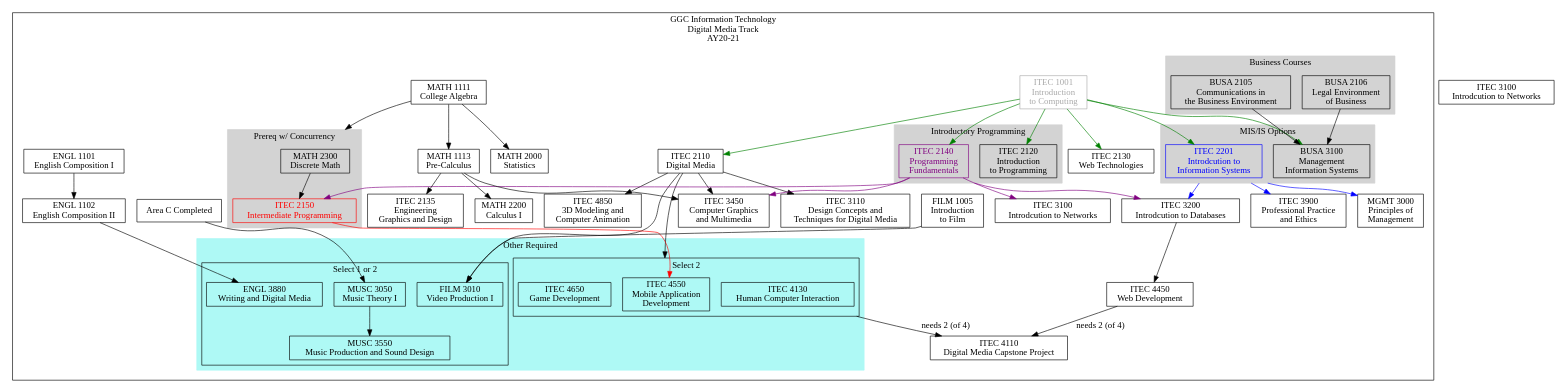
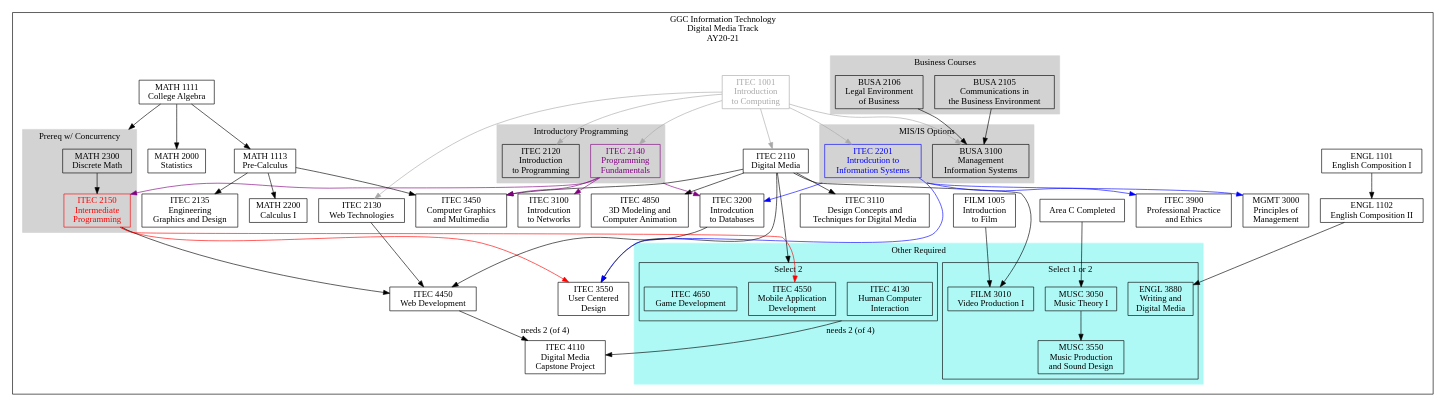
Before and after one commit to rjlutz/itec-plans: the diagram in AY20-21/DigitalMedia.dot, drawn with Graphviz. The commit also changed 20 other files, not shown here.

Commit message:
add Digital Media updates for AY20-21, darken 1001 dependency arrows in ALL graphs.

```diff
--- a/AY20-21/DigitalMedia.dot
+++ b/AY20-21/DigitalMedia.dot
@@ -1,162 +1,169 @@
 digraph G {
 
     node [shape = record, fontname="Sans serif" fontsize="14"];
     compound = true //  needed to link clusters and nodes
     splines = true
     ranksep=0.1
 
     // All
     itec1001[label = "ITEC 1001\nIntroduction \nto Computing" color=darkgray fontcolor=darkgray]
     itec2110[label = "ITEC 2110\nDigital Media"]
     itec2120[label = "ITEC 2120\nIntroduction\nto Programming"]
     itec2130[label = "ITEC 2130\nWeb Technologies"]
-    itec2140[label = "ITEC 2140\nProgramming \nFundamentals" color=purple fontcolor=purple]
-    itec2150[label = "ITEC 2150\nIntermediate Programming" color=red fontcolor=red]
+    itec2140[label = "ITEC 2140\nProgramming\nFundamentals" color=purple fontcolor=purple]
+    itec2150[label = "ITEC 2150\nIntermediate\nProgramming" color=red fontcolor=red]
     itec2201[label = "ITEC 2201\nIntrodcution to\nInformation Systems" color=blue fontcolor=blue]
-    itec3100[label = "ITEC 3100\nIntrodcution to Networks"]
-    itec3200[label = "ITEC 3200\nIntrodcution to Databases"]
+    itec3100[label = "ITEC 3100\nIntrodcution\nto Networks"]
+    itec3200[label = "ITEC 3200\nIntrodcution\nto Databases"]
     itec3900[label = "ITEC 3900\nProfessional Practice\nand Ethics"]
     busa2105[label = "BUSA 2105\nCommunications in\nthe Business Environment"]
     busa2106[label = "BUSA 2106\nLegal Environment\nof Business"]
-    busa3100[label = "BUSA 3100\nManagement \nInformation Systems"]
+    busa3100[label = "BUSA 3100\nManagement\nInformation Systems"]
     math1111[label = "MATH 1111\nCollege Algebra"]
     math1113[label = "MATH 1113\nPre-Calculus"]
     math2300[label = "MATH 2300\nDiscrete Math"]
     math2000[label = "MATH 2000\nStatistics"]
     math2200[label = "MATH 2200\nCalculus I"]
     mgmt3000[label = "MGMT 3000\nPrinciples of\nManagement"]
 
     // Digital Media
 
     itec3450[label = "ITEC 3450\nComputer Graphics\nand Multimedia"]
-    itec3550[label = "ITEC 3100\nIntrodcution to Networks"]
-    itec4110[label = "ITEC 4110\nDigital Media Capstone Project"]
-    itec4130[label = "ITEC 4130\nHuman Computer Interaction"]
+    itec3550[label = "ITEC 3550\nUser Centered\nDesign"]
+    itec4110[label = "ITEC 4110\nDigital Media\nCapstone Project"]
+    itec4130[label = "ITEC 4130\nHuman Computer\nInteraction"]
     itec4450[label = "ITEC 4450\nWeb Development"]
     itec4550[label = "ITEC 4550\nMobile Application\nDevelopment"]
     itec4650[label = "ITEC 4650\nGame Development"]
 
     itec2135[label = "ITEC 2135\nEngineering \nGraphics and Design"]
     itec3110[label = "ITEC 3110\nDesign Concepts and\nTechniques for Digital Media"]
     itec4850[label = "ITEC 4850\n3D Modeling and\nComputer Animation"]
 
     areaC[label = "Area C Completed"]
     //arts2010[label = "ARTS 2010\nDrawing I"]
     //arts2020[label = "ARTS 2020\nDrawing II"]
     engl1101[label = "ENGL 1101\nEnglish Composition I"]
     engl1102[label = "ENGL 1102\nEnglish Composition II"]
-    engl3880[label = "ENGL 3880\nWriting and Digital Media"]
+    engl3880[label = "ENGL 3880\nWriting and\nDigital Media"]
     film1005[label = "FILM 1005\nIntroduction\nto Film"] 
     film3010[label = "FILM 3010\nVideo Production I"]
     musc3050[label = "MUSC 3050\nMusic Theory I"]
-    musc3550[label = "MUSC 3550\nMusic Production and Sound Design"]
+    musc3550[label = "MUSC 3550\nMusic Production\nand Sound Design"]
 
     subgraph clusterdm {
         label="GGC Information Technology\nDigital Media Track\nAY20-21"
 
         subgraph clusterrequired {
             label=""
             node [style=filled];
             style=filled;
 
             color="#FFFFFF";
             
             engl1101 -> engl1102 -> engl3880
             film1005 -> film3010
             itec2110 -> film3010
             areaC -> musc3050
 
-            itec1001 -> itec2110 [color=green]
-            itec1001 -> itec2120 [color=green]
-            itec1001 -> itec2130 [color=green]
-            itec1001 -> itec2201 [color=green]
-            itec1001 -> busa3100 [color=green]
+            itec1001 -> itec2110 [color=darkgray]
+            itec1001 -> itec2120 [color=darkgray]
+            itec1001 -> itec2130 [color=darkgray]
+            itec1001 -> itec2201 [color=darkgray]
+            itec1001 -> busa3100 [color=darkgray]
 
             busa2106 -> busa3100
             busa2105 -> busa3100
             math1113 -> itec2135
-            itec1001 -> itec2140 [color=green]
+            itec1001 -> itec2140 [color=darkgray]
             itec2140 -> itec2150 [color=purple]
 
             itec2140 -> itec3100 [color=purple]
             itec2110 -> itec3110
             itec2201 -> itec3200 [color=blue ltail=cluster22013100];
             itec2140 -> itec3200 [ltail=cluster21202140 color=purple]
 
             itec2140 -> itec3450 [color=purple]
 
+            itec2110 -> itec3550
+            itec2150 -> itec3550 [color=red]
+            itec2201 -> itec3550 [color=blue]
+
+
             itec2201 -> itec3900 [ltail=cluster22013100 color=blue]
             itec2201 -> mgmt3000 [ltail=cluster22013100 color=blue]
 
             math1113 -> math2200
             math1111 -> math1113
             math1111 -> math2000
             math1111 -> math2300 [lhead=clusterdiscrete]
+            itec2130 -> itec4450
+            itec2150 -> itec4450
             itec3200 -> itec4450
 
             math1113 -> itec3450
             itec2110 -> itec3450
             itec2110 -> itec4550 [lhead=clusteritecopt1]
             itec2150 -> itec4550 [color=red]
             
             itec4450 -> itec4110 [label="needs 2 (of 4)"]
             itec4130 -> itec4110 [ltail=clusteritecopt1 label="needs 2 (of 4)"]
 
             itec2110 -> itec4850
             //arts2020
             //arts2010
 
             subgraph cluster21202140 {
                 label = "Introductory Programming";
                 color=lightgrey;
                 itec2120
                 itec2140
             }
             subgraph cluster22013100 {
                 label = "MIS/IS Options";
                 color=lightgrey;
                 itec2201
                 busa3100
             }
             subgraph cluster21052106 {
                 label = "Business Courses"
                 color=lightgrey;
                 busa2105
                 busa2106
             }
             
             subgraph clusterdiscrete {
                 label = "Prereq w/ Concurrency";
                 node [style=filled];
                 style=filled;
                 color=lightgrey;
                 math2300 -> itec2150
             }
 
             subgraph clusterotherrequired {
                 label = "Other Required"
                 node [style=filled];
                 style=filled;
                 color="#AEF9F5"
 
                 subgraph clusteritecopt1 {
                     label = "Select 2";
                     graph[style=solid]
                         color=black
                     itec4130
                     itec4550
                     itec4650
                 }
 
                 subgraph clusteritecopt2 {
                     label = "Select 1 or 2";
                     graph[style=solid]
                     color=black
                     engl3880
                     film3010
                     musc3050 -> musc3550
                 }                
             }
         }    
     }
 }
```
